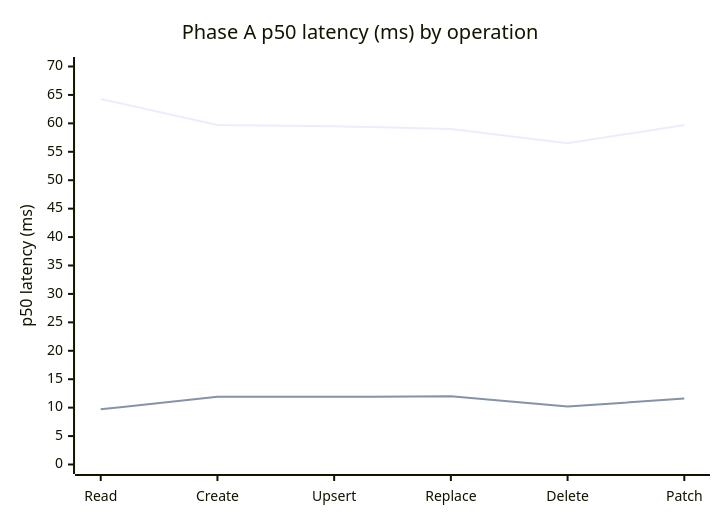
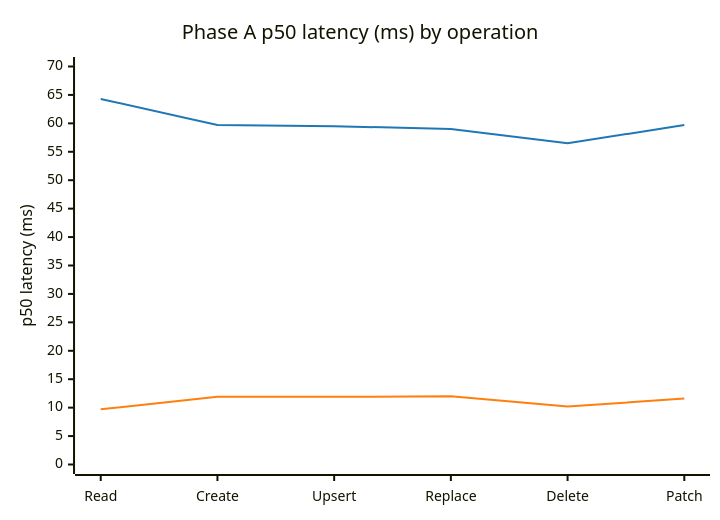
Before and after one commit to Azure/azure-sdk-for-python: the first of 7 diagrams in sdk/cosmos/azure-cosmos/docs/rust-vs-python-perf-drill.md, drawn with Mermaid. The commit also changed other lines of this file and 2 other files, not shown here.

````diff
--- a/sdk/cosmos/azure-cosmos/docs/rust-vs-python-perf-drill.md
+++ b/sdk/cosmos/azure-cosmos/docs/rust-vs-python-perf-drill.md
@@ -152,8 +115,14 @@
 ```mermaid
+---
+config:
+  themeVariables:
+    xyChart:
+      plotColorPalette: "#1f77b4,#ff7f0e"
+---
 xychart-beta
     title "Phase A p50 latency (ms) by operation"
     x-axis ["Read","Create","Upsert","Replace","Delete","Patch"]
     y-axis "p50 latency (ms)" 0 --> 70
-    line "Core Python" [64.3,59.7,59.5,59.0,56.5,59.7]
-    line "Rust" [9.7,11.9,11.9,12.0,10.2,11.6]
+    line "Python (core-python)" [64.3,59.7,59.5,59.0,56.5,59.7]
+    line "Rust backend" [9.7,11.9,11.9,12.0,10.2,11.6]
 ```
````
